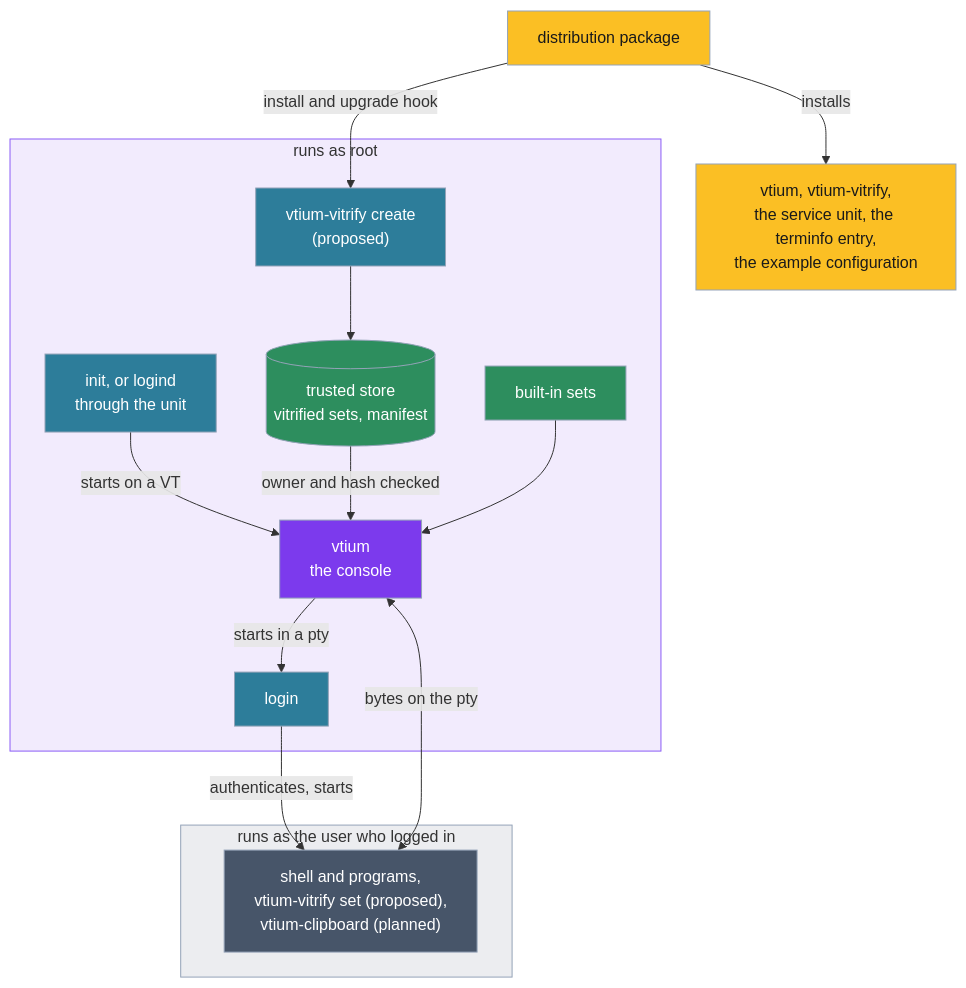
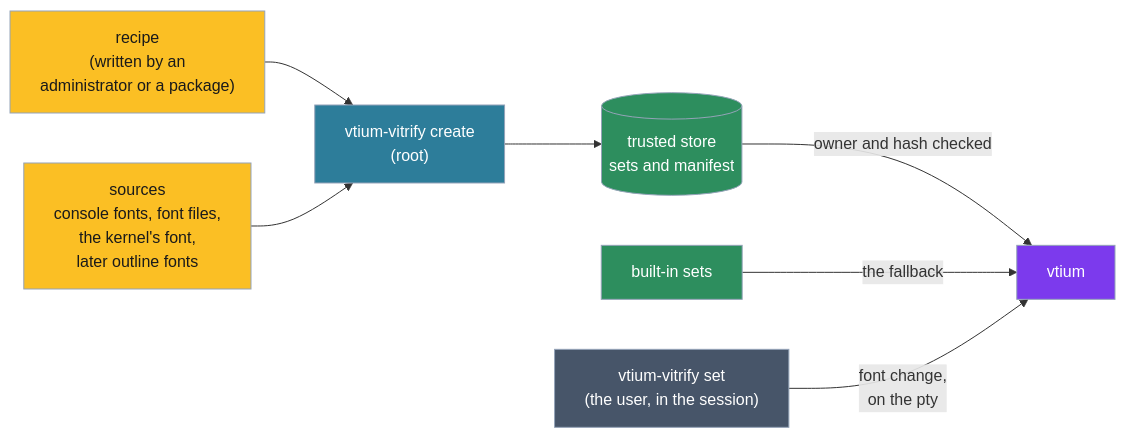
The second of 2 diagrams in docs/concepts.md (vtium/vtium), drawn with Mermaid before and after one commit. The commit also changed other lines of this file and 6 other files, not shown here.

````diff
--- a/docs/concepts.md
+++ b/docs/concepts.md
@@ -19,29 +90,19 @@
 ```mermaid
-flowchart TD
-    PKG["distribution package"] -->|installs| FILES["vtium, vtium-vitrify,<br>the service unit, the terminfo entry,<br>the example configuration"]
-    PKG -->|"install and upgrade hook"| CREATE
-    subgraph ROOT["runs as root"]
-        CREATE["vtium-vitrify create<br>(proposed)"] --> STORE[("trusted store<br>vitrified sets, manifest")]
-        INIT["init, or logind<br>through the unit"] -->|"starts on a VT"| VT["vtium<br>the console"]
-        STORE -->|"owner and hash checked"| VT
-        BUILTIN["built-in sets"] --> VT
-        VT -->|"starts in a pty"| LOGIN["login"]
-    end
-    subgraph USER["runs as the user who logged in"]
-        SHELL["shell and programs,<br>vtium-vitrify set (proposed),<br>vtium-clipboard (planned)"]
-    end
-    LOGIN -->|"authenticates, starts"| SHELL
-    SHELL <-->|"bytes on the pty"| VT
-    classDef pkg fill:#fbbf24,color:#1a1a1a,stroke:#94a3b8
+flowchart LR
+    R["recipe<br>(written by an<br>administrator or a package)"] --> C["vtium-vitrify create<br>(root)"]
+    S["sources<br>console fonts, font files,<br>the kernel's font,<br>later outline fonts"] --> C
+    C --> ST[("trusted store<br>sets and manifest")]
+    ST -->|"owner and hash checked"| V["vtium"]
+    B["built-in sets"] -->|"the fallback"| V
+    U["vtium-vitrify set<br>(the user, in the session)"] -->|"font change,<br>on the pty"| V
+    classDef step fill:#2d7d9a,color:#ffffff,stroke:#94a3b8
     classDef core fill:#7c3aed,color:#ffffff,stroke:#94a3b8
-    classDef step fill:#2d7d9a,color:#ffffff,stroke:#94a3b8
     classDef store fill:#2d8e5e,color:#ffffff,stroke:#94a3b8
+    classDef input fill:#fbbf24,color:#1a1a1a,stroke:#94a3b8
     classDef user fill:#475569,color:#ffffff,stroke:#94a3b8
-    class PKG,FILES pkg
-    class VT core
-    class CREATE,INIT,LOGIN step
-    class STORE,BUILTIN store
-    class SHELL user
-    style ROOT fill:#7c3aed1a,stroke:#8b5cf6
-    style USER fill:#4755691a,stroke:#94a3b8
+    class R,S input
+    class C step
+    class ST,B store
+    class V core
+    class U user
 ```
````
